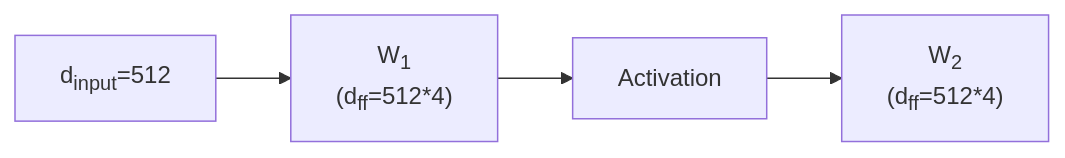
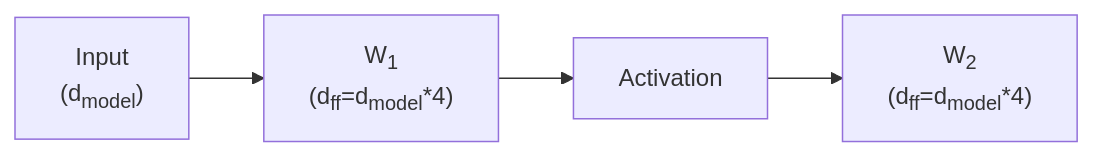
The third of 15 diagrams in index.md (ChrisZhu2050/chriszhu2050.github.io), drawn with Mermaid before and after one commit. The commit also changed other lines of this file, not shown here.

````diff
--- a/index.md
+++ b/index.md
@@ -139,8 +138,9 @@
   ```mermaid
     graph LR
-        G["`d<sub>input</sub>=512`"]  --> 
+        G["`Input
+        (d<sub>model</sub>)`"]  --> 
         A["`W<sub>1</sub>
-        (d<sub>ff</sub>=512*4)`"]  --> B["`Activation`"] --> D["`W<sub>2</sub>
-        (d<sub>ff</sub>=512*4)
+        (d<sub>ff</sub>=d<sub>model</sub>*4)`"]  --> B["`Activation`"] --> D["`W<sub>2</sub>
+        (d<sub>ff</sub>=d<sub>model</sub>*4)
         `"]
   ```  
````
